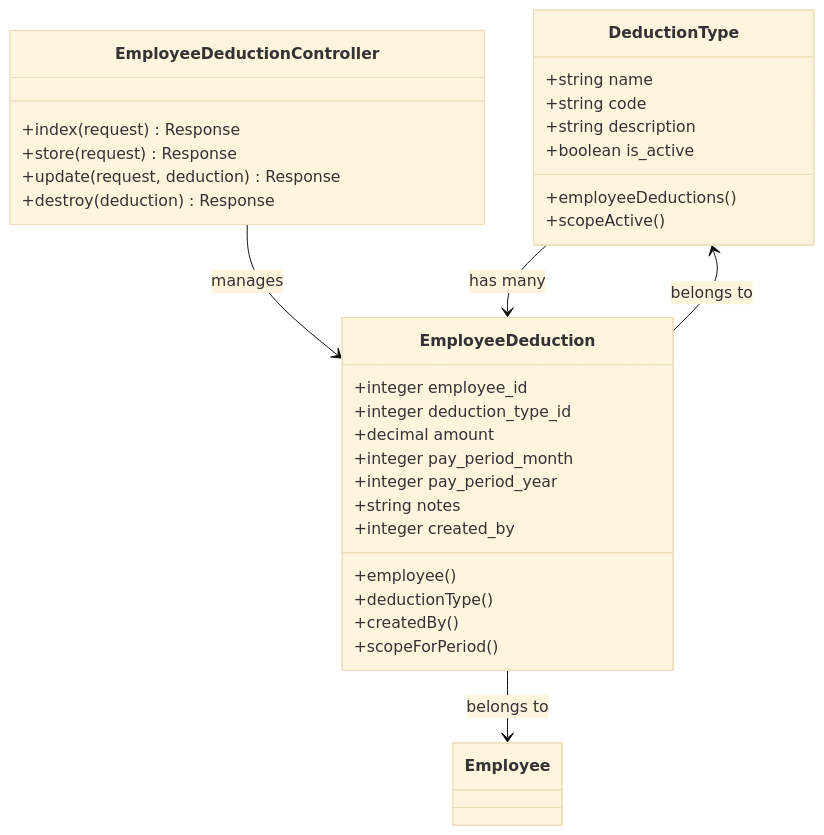
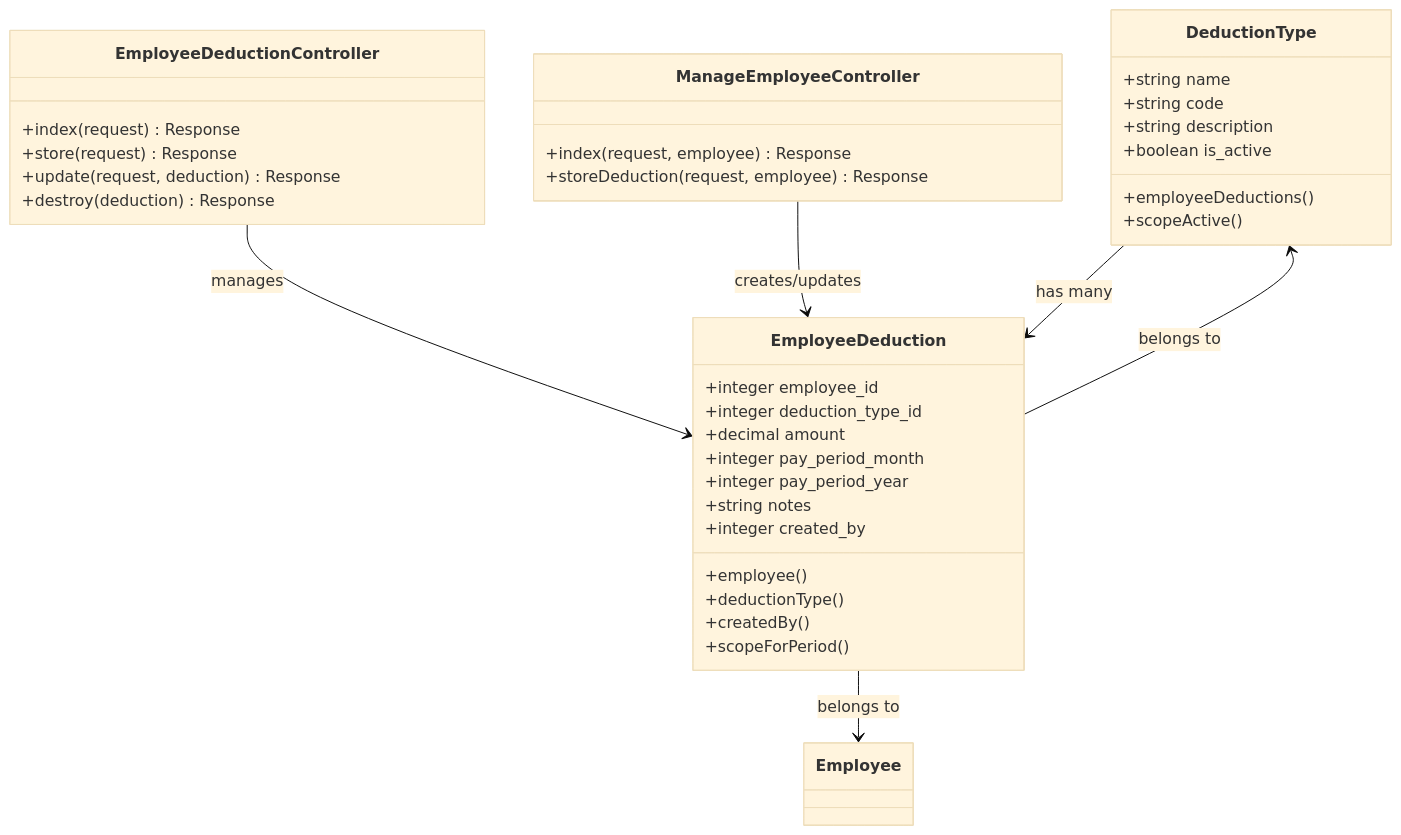
One commit to vincet0t15/template changed the sixth of 11 diagrams in .qoder/repowiki/en/content/Employee Management/Employee Compensation Management.md. Above: the diagram before and after it, drawn with Mermaid (base theme). The commit also changed other lines of this file and 13 other files, not shown here.

````diff
--- a/.qoder/repowiki/en/content/Employee Management/Employee Compensation Management.md
+++ b/.qoder/repowiki/en/content/Employee Management/Employee Compensation Management.md
@@ -309,34 +351,39 @@
 ```mermaid
 classDiagram
 class DeductionType {
 +string name
 +string code
 +string description
 +boolean is_active
 +employeeDeductions()
 +scopeActive()
 }
 class EmployeeDeduction {
 +integer employee_id
 +integer deduction_type_id
 +decimal amount
 +integer pay_period_month
 +integer pay_period_year
 +string notes
 +integer created_by
 +employee()
 +deductionType()
 +createdBy()
 +scopeForPeriod()
 }
 class EmployeeDeductionController {
 +index(request) Response
 +store(request) Response
 +update(request, deduction) Response
 +destroy(deduction) Response
 }
+class ManageEmployeeController {
++index(request, employee) Response
++storeDeduction(request, employee) Response
+}
 EmployeeDeductionController --> EmployeeDeduction : manages
 EmployeeDeduction --> DeductionType : belongs to
 EmployeeDeduction --> Employee : belongs to
+ManageEmployeeController --> EmployeeDeduction : creates/updates
 DeductionType --> EmployeeDeduction : has many
 ```
````
